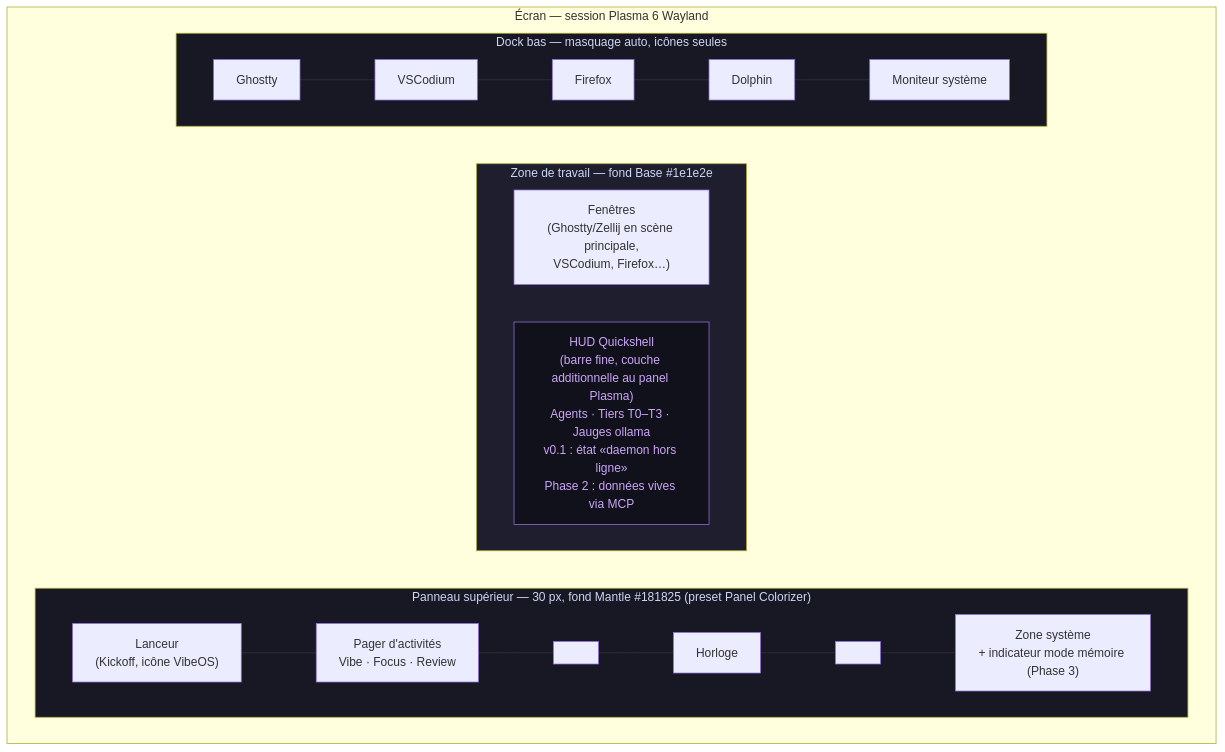
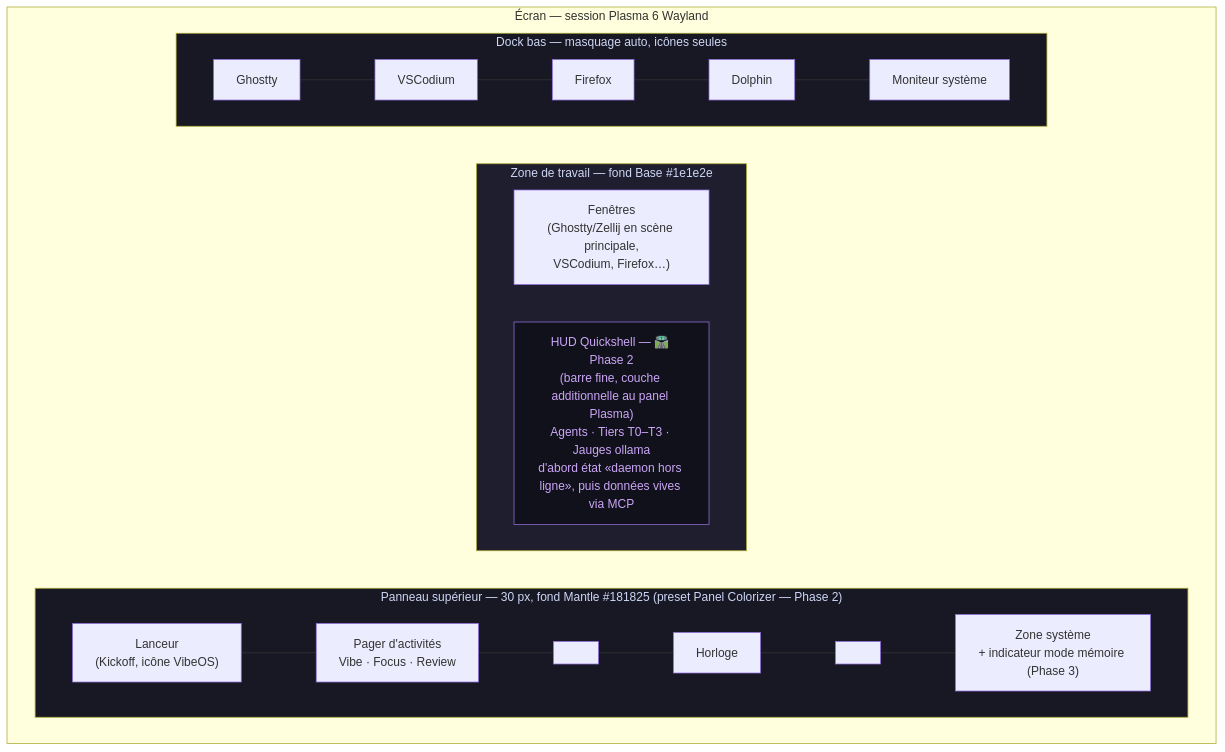
The diagram in docs/DESKTOP.md (Micka420-collab/vibeos), drawn with Mermaid before and after one commit. The commit also changed other lines of this file and 8 other files, not shown here.

````diff
--- a/docs/DESKTOP.md
+++ b/docs/DESKTOP.md
@@ -37,22 +37,22 @@
 ```mermaid
 flowchart TB
     subgraph SCREEN["Écran — session Plasma 6 Wayland"]
-        subgraph TOP["Panneau supérieur — 30 px, fond Mantle #181825 (preset Panel Colorizer)"]
+        subgraph TOP["Panneau supérieur — 30 px, fond Mantle #181825 (preset Panel Colorizer — Phase 2)"]
             direction LR
             K["Lanceur<br/>(Kickoff, icône VibeOS)"] --- ACT["Pager d'activités<br/>Vibe · Focus · Review"] --- SPACER1[" "] --- CLOCK["Horloge"] --- SPACER2[" "] --- TRAY["Zone système<br/>+ indicateur mode mémoire (Phase 3)"]
         end
         subgraph CENTER["Zone de travail — fond Base #1e1e2e"]
             direction LR
             WORK["Fenêtres<br/>(Ghostty/Zellij en scène principale,<br/>VSCodium, Firefox…)"]
-            HUD["HUD Quickshell<br/>(barre fine, couche additionnelle au panel Plasma)<br/>Agents · Tiers T0–T3 · Jauges ollama<br/>v0.1 : état «daemon hors ligne»<br/>Phase 2 : données vives via MCP"]
+            HUD["HUD Quickshell — 🛣️ Phase 2<br/>(barre fine, couche additionnelle au panel Plasma)<br/>Agents · Tiers T0–T3 · Jauges ollama<br/>d'abord état «daemon hors ligne», puis données vives via MCP"]
         end
         subgraph DOCK["Dock bas — masquage auto, icônes seules"]
             direction LR
             D1["Ghostty"] --- D2["VSCodium"] --- D3["Firefox"] --- D4["Dolphin"] --- D5["Moniteur système"]
         end
     end
     style TOP fill:#181825,color:#cdd6f4
     style CENTER fill:#1e1e2e,color:#cdd6f4
     style DOCK fill:#181825,color:#cdd6f4
     style HUD fill:#11111b,color:#cba6f7
 ```
````
